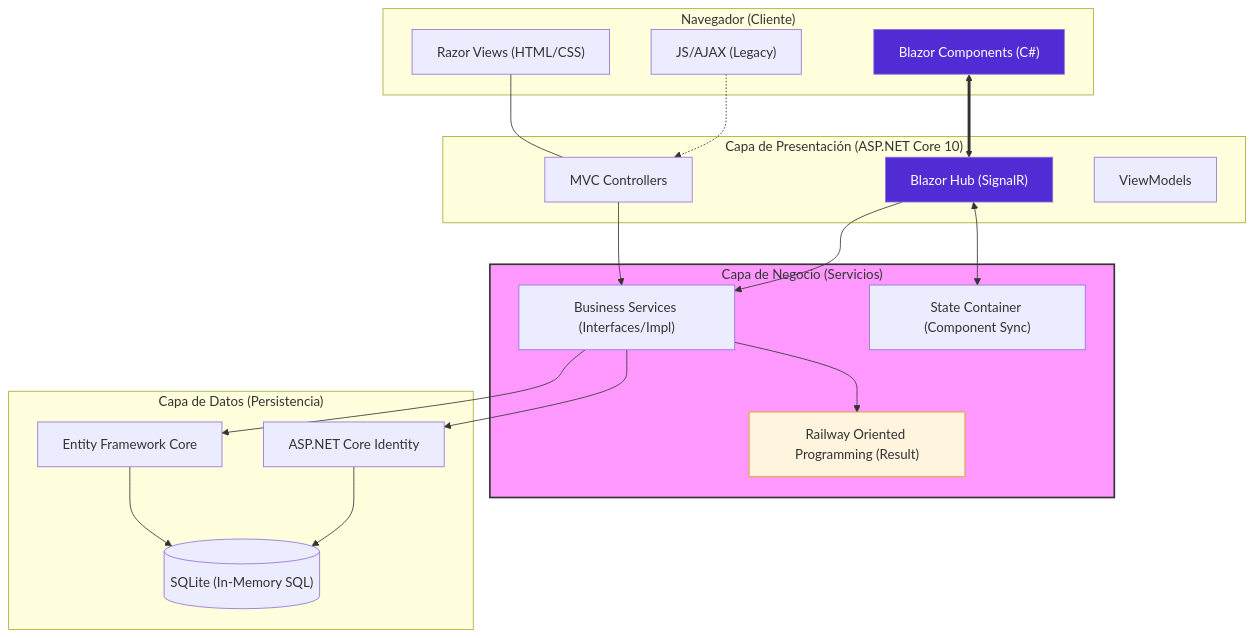
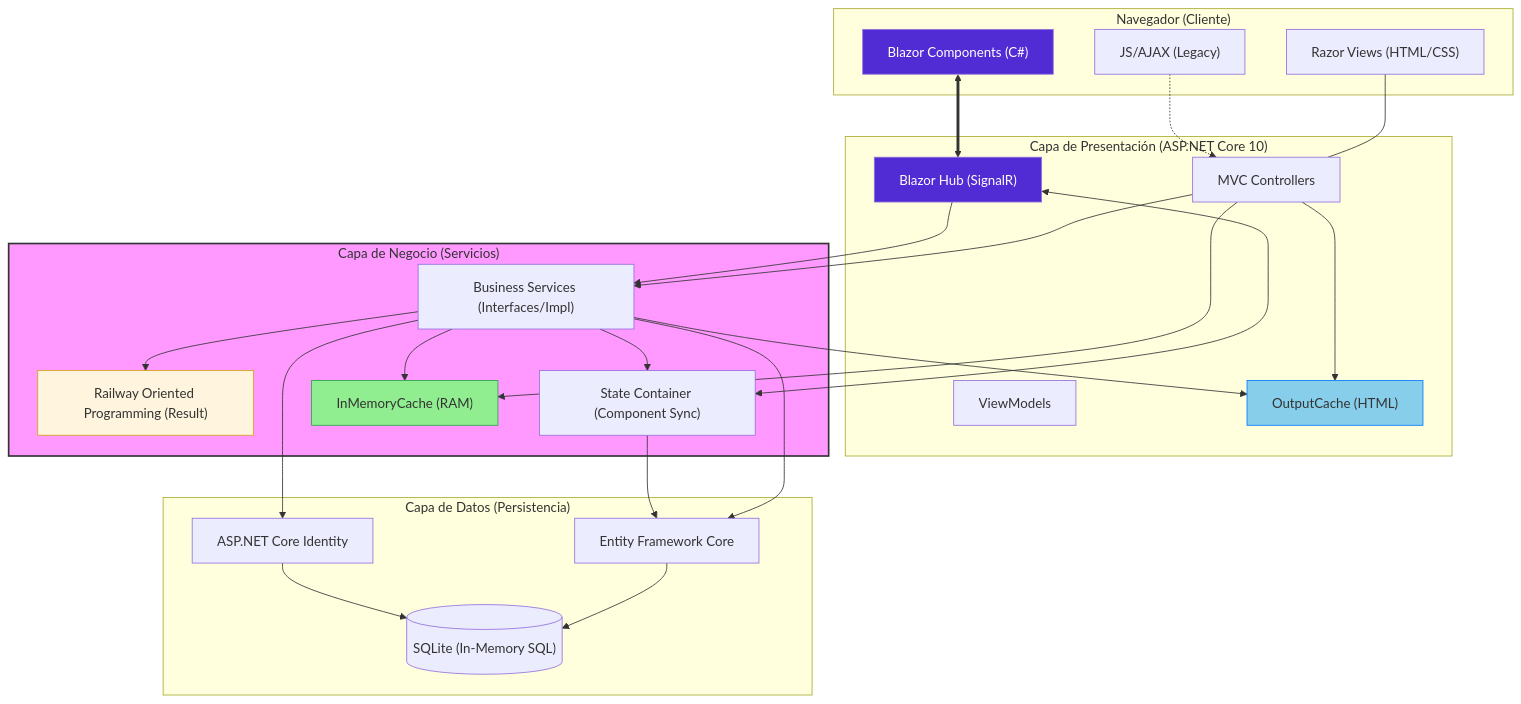
Before and after one commit to joseluisgs/TiendaDawWeb-NetCore: the second of 2 diagrams in README.md, drawn with Mermaid. The commit also changed other lines of this file and 2 other files, not shown here.

````diff
--- a/README.md
+++ b/README.md
@@ -299,48 +314,60 @@
 ```mermaid
 graph TD
     subgraph Cliente["Navegador (Cliente)"]
         UI_MVC["Razor Views (HTML/CSS)"]
         UI_BLZ["Blazor Components (C#)"]
         JS_AJAX["JS/AJAX (Legacy)"]
     end
 
     subgraph CapaPresentacion["Capa de Presentación (ASP.NET Core 10)"]
         CTRL["MVC Controllers"]
         HUB["Blazor Hub (SignalR)"]
         VM["ViewModels"]
+        OUT["OutputCache (HTML)"]
     end
 
     subgraph CapaNegocio["Capa de Negocio (Servicios)"]
         SRV["Business Services (Interfaces/Impl)"]
         ROP["Railway Oriented Programming (Result)"]
         SC["State Container (Component Sync)"]
+        IMC["InMemoryCache (RAM)"]
     end
 
     subgraph CapaDatos["Capa de Datos (Persistencia)"]
         EF["Entity Framework Core"]
         ID["ASP.NET Core Identity"]
         DB[("SQLite (In-Memory SQL)")]
     end
 
     %% Flujos de interacción
     UI_MVC --- CTRL
     JS_AJAX -.-> CTRL
     UI_BLZ <==> HUB
-    
+
     CTRL --> SRV
     HUB --> SRV
     HUB <--> SC
+
+    CTRL --> IMC
+    CTRL --> OUT
     
     SRV --> ROP
+    SRV --> IMC
+    SRV --> OUT
+    SRV --> SC
+
     SRV --> EF
+    SC --> EF
     SRV --> ID
-    
+
     EF --> DB
     ID --> DB
 
     %% Estilos
     style CapaNegocio fill:#f9f,stroke:#333,stroke-width:2px
     style UI_BLZ fill:#512bd4,color:#fff
     style HUB fill:#512bd4,color:#fff
     style ROP fill:#fff4dd,stroke:#d4a017
+    style IMC fill:#90ee90,stroke:#28a745
+    style OUT fill:#87ceeb,stroke:#007bff
 ```
````
